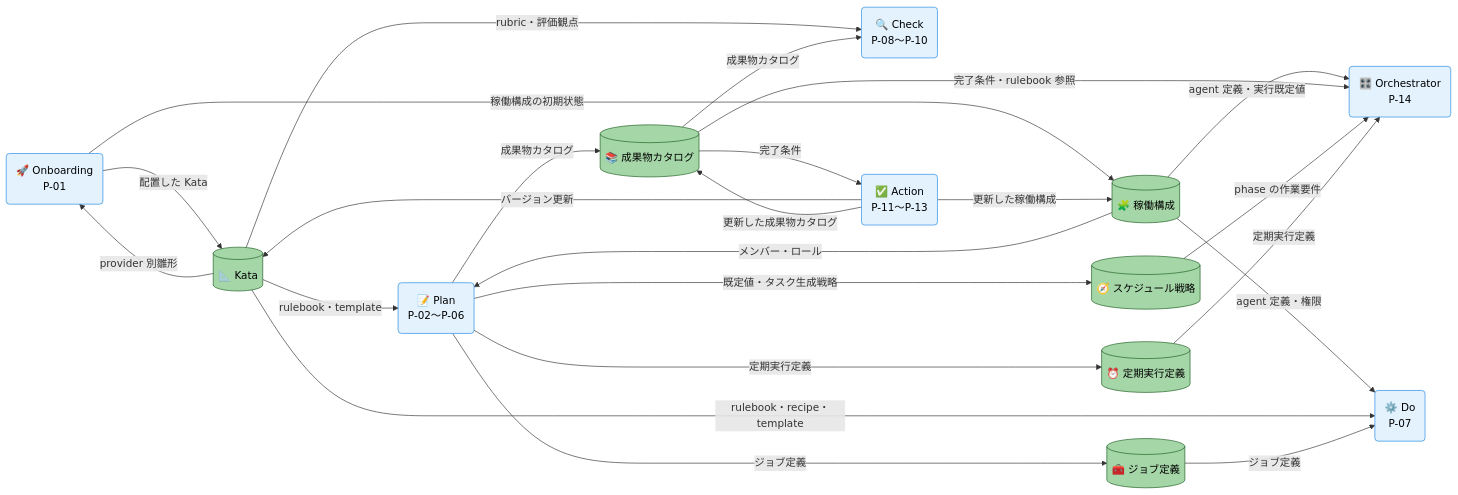
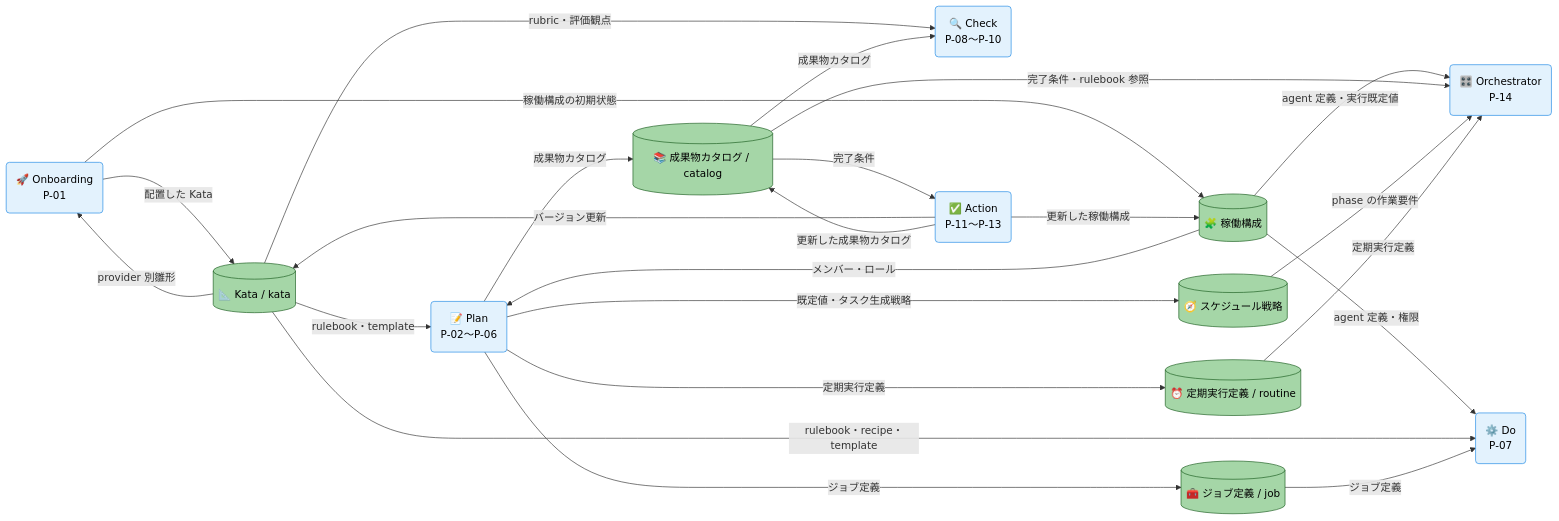
Before and after one commit to specdojo/specdojo: the second of 3 diagrams in docs/ja/product/010-business-specs/010-data-flow/cdfd-overview.md, drawn with Mermaid. The commit also changed other lines of this file and 14 other files, not shown here.

````diff
--- a/docs/ja/product/010-business-specs/010-data-flow/cdfd-overview.md
+++ b/docs/ja/product/010-business-specs/010-data-flow/cdfd-overview.md
@@ -232,46 +232,46 @@
 ```mermaid
 flowchart LR
   classDef process fill:#e3f2fd,stroke:#1e88e5,color:#000
   classDef storeMaster fill:#a5d6a7,stroke:#1b5e20,color:#000
 
   Onboarding("🚀 Onboarding<br>P-01")
-  Kata[("📐 Kata")]
+  Kata[("📐 Kata / kata")]
   Config[("🧩 稼働構成")]
-  Catalog[("📚 成果物カタログ")]
+  Catalog[("📚 成果物カタログ / catalog")]
   Strategy[("🧭 スケジュール戦略")]
-  Routine[("⏰ 定期実行定義")]
-  Job[("🧰 ジョブ定義")]
+  Routine[("⏰ 定期実行定義 / routine")]
+  Job[("🧰 ジョブ定義 / job")]
   Orchestrator("🎛️ Orchestrator<br>P-14")
   Plan("📝 Plan<br>P-02〜P-06")
   Do("⚙️ Do<br>P-07")
   Check("🔍 Check<br>P-08〜P-10")
   Action("✅ Action<br>P-11〜P-13")
 
   Kata -->|"provider 別雛形"| Onboarding
   Onboarding -->|"配置した Kata"| Kata
   Onboarding -->|"稼働構成の初期状態"| Config
 
   Config -->|"agent 定義・実行既定値"| Orchestrator
   Config -->|"agent 定義・権限"| Do
   Config -->|"メンバー・ロール"| Plan
   Kata -->|"rulebook・template"| Plan
   Kata -->|"rulebook・recipe・template"| Do
   Kata -->|"rubric・評価観点"| Check
   Plan -->|"成果物カタログ"| Catalog
   Catalog -->|"成果物カタログ"| Check
   Catalog -->|"完了条件・rulebook 参照"| Orchestrator
   Catalog -->|"完了条件"| Action
   Plan -->|"既定値・タスク生成戦略"| Strategy
   Strategy -->|"phase の作業要件"| Orchestrator
   Plan -->|"定期実行定義"| Routine
   Plan -->|"ジョブ定義"| Job
   Routine -->|"定期実行定義"| Orchestrator
   Job -->|"ジョブ定義"| Do
 
   Action -->|"更新した稼働構成"| Config
   Action -->|"バージョン更新"| Kata
   Action -->|"更新した成果物カタログ"| Catalog
 
   class Onboarding,Orchestrator,Plan,Do,Check,Action process
   class Kata,Config,Catalog,Strategy,Routine,Job storeMaster
 ```
````
